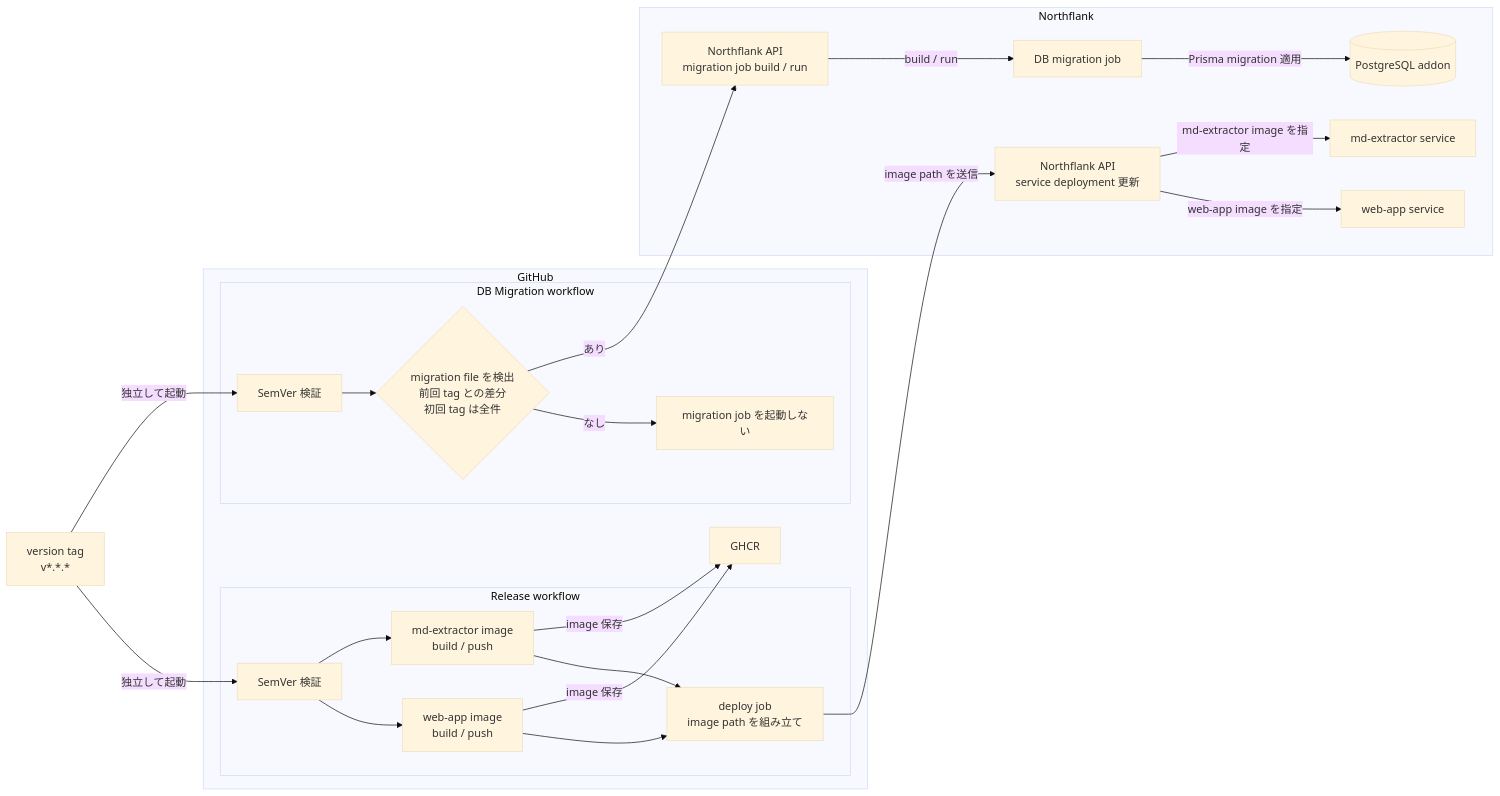
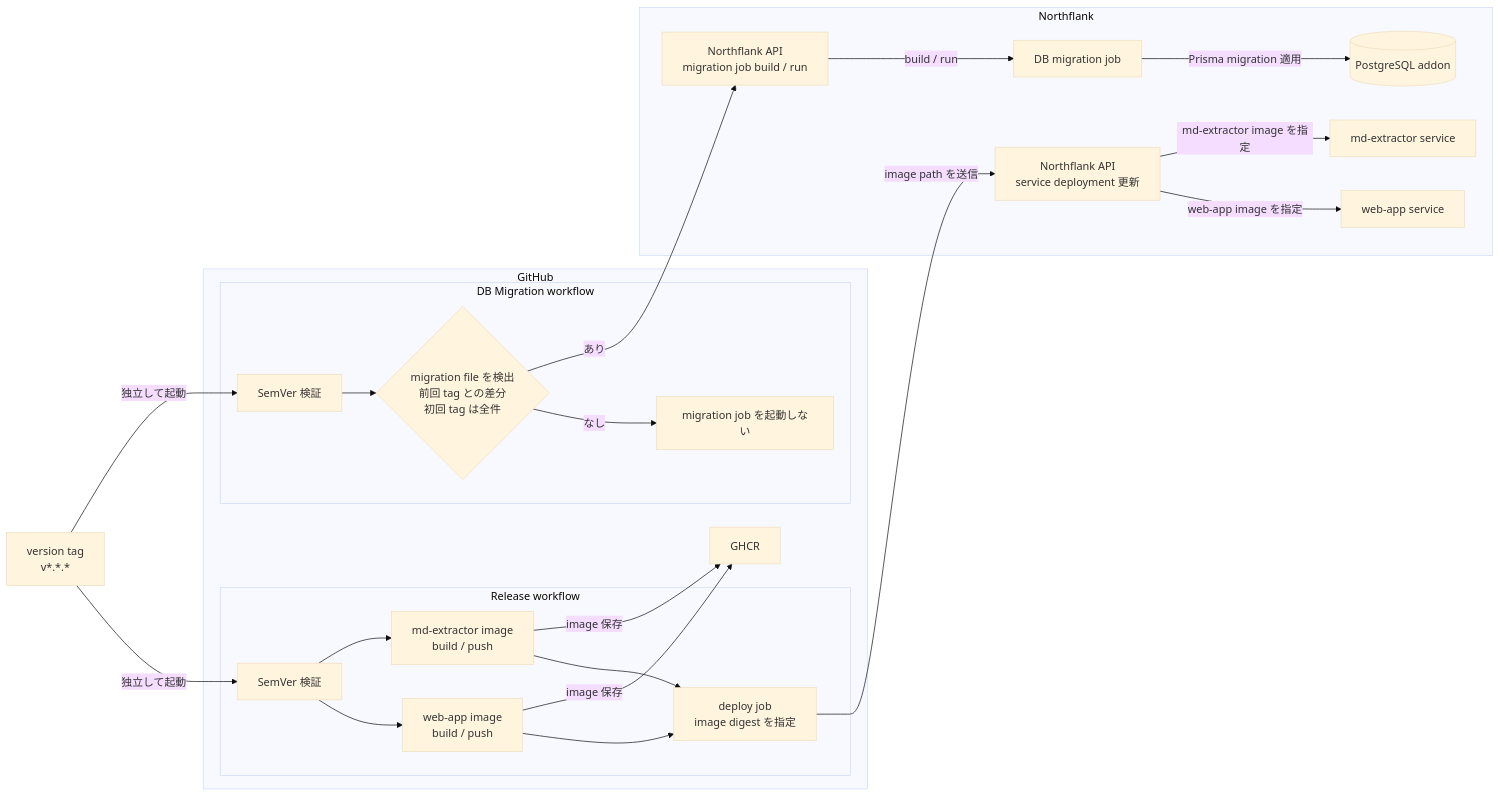
The second of 2 diagrams in docs/architecture/infrastructure-overview.md (2-yudetama/article-freezer), drawn with Mermaid (base theme) before and after one commit. The commit also changed other lines of this file and 3 other files, not shown here.

````diff
--- a/docs/architecture/infrastructure-overview.md
+++ b/docs/architecture/infrastructure-overview.md
@@ -54,50 +54,50 @@
 ```mermaid
 flowchart LR
     Tag["version tag<br/>v*.*.*"]
 
     subgraph GitHub["GitHub"]
         subgraph ReleaseWorkflow["Release workflow"]
             ReleaseValidate["SemVer 検証"]
             WebBuild["web-app image<br/>build / push"]
             ExtractorBuild["md-extractor image<br/>build / push"]
-            DeployJob["deploy job<br/>image path を組み立て"]
+            DeployJob["deploy job<br/>image digest を指定"]
 
             ReleaseValidate --> WebBuild
             ReleaseValidate --> ExtractorBuild
             WebBuild --> DeployJob
             ExtractorBuild --> DeployJob
         end
 
         subgraph MigrationWorkflow["DB Migration workflow"]
             MigrationValidate["SemVer 検証"]
             Detect{"migration file を検出<br/>前回 tag との差分<br/>初回 tag は全件"}
             Skip["migration job を起動しない"]
 
             MigrationValidate --> Detect
             Detect -->|"なし"| Skip
         end
 
         GHCR["GHCR"]
     end
 
     subgraph Northflank["Northflank"]
         DeploymentAPI["Northflank API<br/>service deployment 更新"]
         MigrationAPI["Northflank API<br/>migration job build / run"]
         WebService["web-app service"]
         ExtractorService["md-extractor service"]
         MigrationJob["DB migration job"]
         PostgreSQL[("PostgreSQL addon")]
 
         DeploymentAPI -->|"web-app image を指定"| WebService
         DeploymentAPI -->|"md-extractor image を指定"| ExtractorService
         MigrationAPI -->|"build / run"| MigrationJob
         MigrationJob -->|"Prisma migration 適用"| PostgreSQL
     end
 
     Tag -->|"独立して起動"| ReleaseValidate
     Tag -->|"独立して起動"| MigrationValidate
     WebBuild -->|"image 保存"| GHCR
     ExtractorBuild -->|"image 保存"| GHCR
     DeployJob -->|"image path を送信"| DeploymentAPI
     Detect -->|"あり"| MigrationAPI
 ```
````
